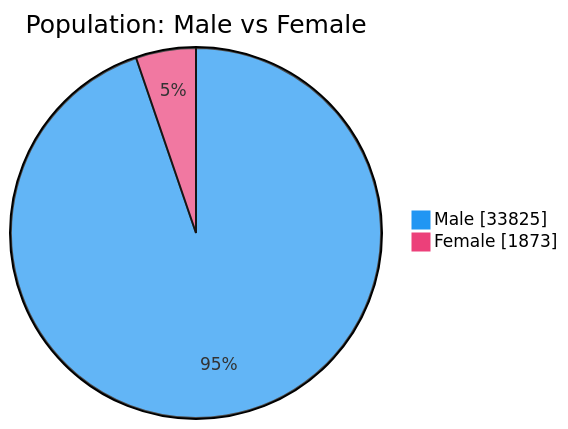
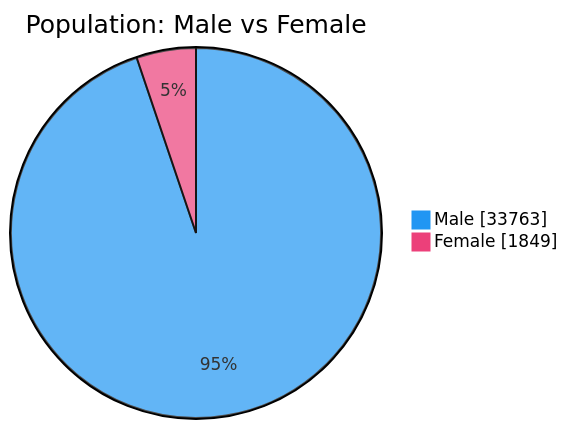
One commit to nuuuwan/lk_prisons changed the second of 7 diagrams in README.md. Above: the diagram before and after it, drawn with Mermaid. The commit also changed other lines of this file and 1 other file, not shown here.

````diff
--- a/README.md
+++ b/README.md
@@ -54,6 +54,6 @@
 ```mermaid
 %%{init: {'themeVariables': {'pie1': '#2196F3', 'pie2': '#EC407A'}}}%%
 pie showData title Population: Male vs Female
-    "Male" : 33825
-    "Female" : 1873
+    "Male" : 33763
+    "Female" : 1849
 ```
````
